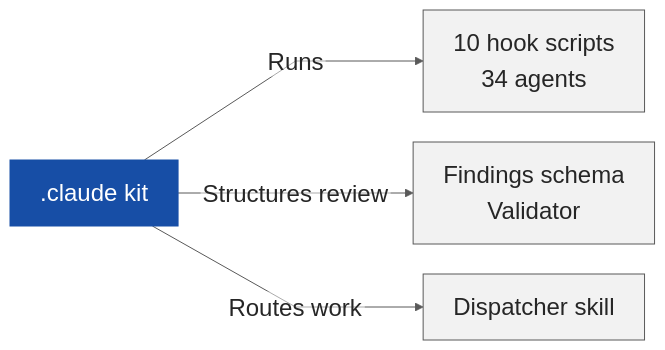
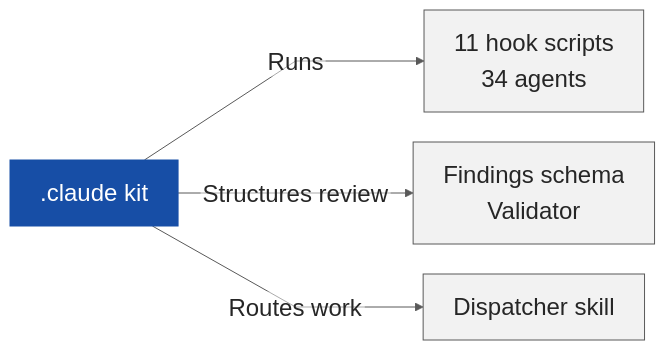
The diagram in presentation/marp-deck/kit.mmd (DonalMoloney/super-spec-new), drawn with Mermaid before and after one commit. The commit also changed 2 other files, not shown here.

Commit message:
Update the kit diagram's hook count to 11
mutation-gate.sh joined .claude/hooks/ since the deck's last render;
the kit.mmd source, its rendered kit.svg, and the deck's speaker notes
now agree on the count.

```diff
--- a/presentation/marp-deck/kit.mmd
+++ b/presentation/marp-deck/kit.mmd
@@ -1,9 +1,9 @@
 %%{init: {"theme": "base", "themeVariables": {"fontFamily": "Arial", "fontSize": "24px", "primaryColor": "#f2f2f2", "primaryTextColor": "#262626", "primaryBorderColor": "#595959", "lineColor": "#595959", "edgeLabelBackground": "#ffffff"}, "flowchart": {"htmlLabels": false, "curve": "linear", "nodeSpacing": 30, "rankSpacing": 45}, "themeCSS": ".edgeLabel .background { fill: #ffffff !important; fill-opacity: 1 !important; opacity: 1 !important; }"}}%%
 flowchart LR
-  K[".claude kit"] -->|Runs| H["10 hook scripts
+  K[".claude kit"] -->|Runs| H["11 hook scripts
 34 agents"]
   K -->|Structures review| R["Findings schema
 Validator"]
   K -->|Routes work| D[Dispatcher skill]
   classDef focus fill:#174ea6,color:#ffffff,stroke:#174ea6
   class K focus
```
